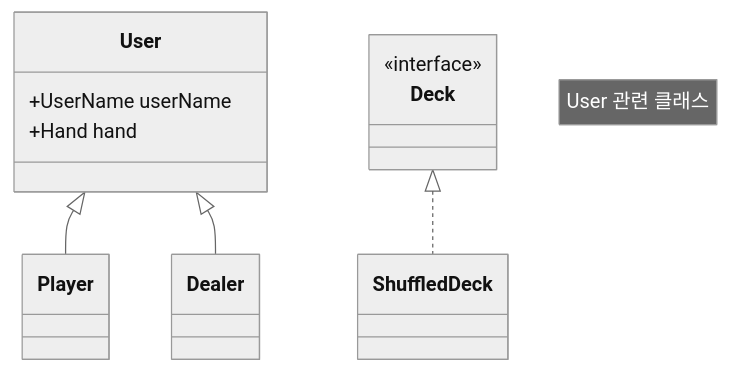
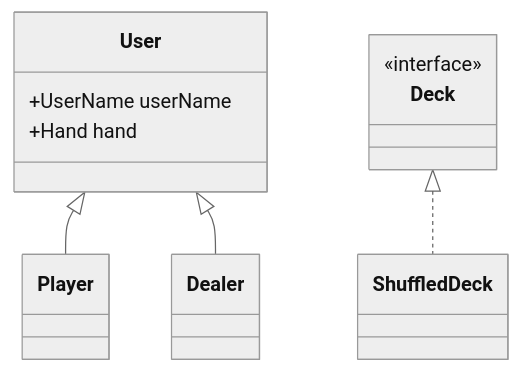
The second of 3 diagrams in README.md (woowacourse/java-blackjack), drawn with Mermaid (neutral theme) before and after one commit. The commit also changed other lines of this file, not shown here.

Commit message:
docs: IDE가 지원하는 mermaid 문법만 사용

````diff
--- a/README.md
+++ b/README.md
@@ -26,12 +26,11 @@
 ```mermaid
-classDiagram-v2
-    note "User 관련 클래스"
+classDiagram
     User <|-- Player
     User <|-- Dealer
     Deck <|.. ShuffledDeck
     <<interface>> Deck
     class User {
     +UserName userName
     +Hand hand
     }
 ```
````
